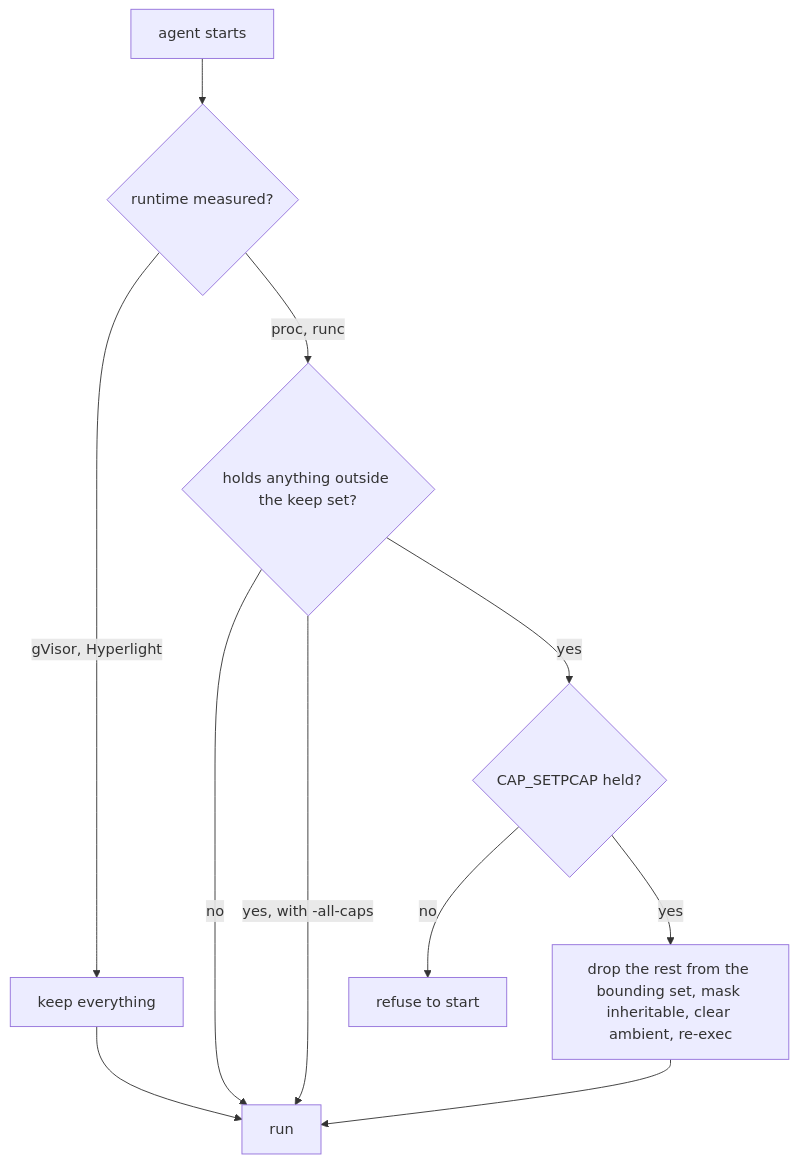
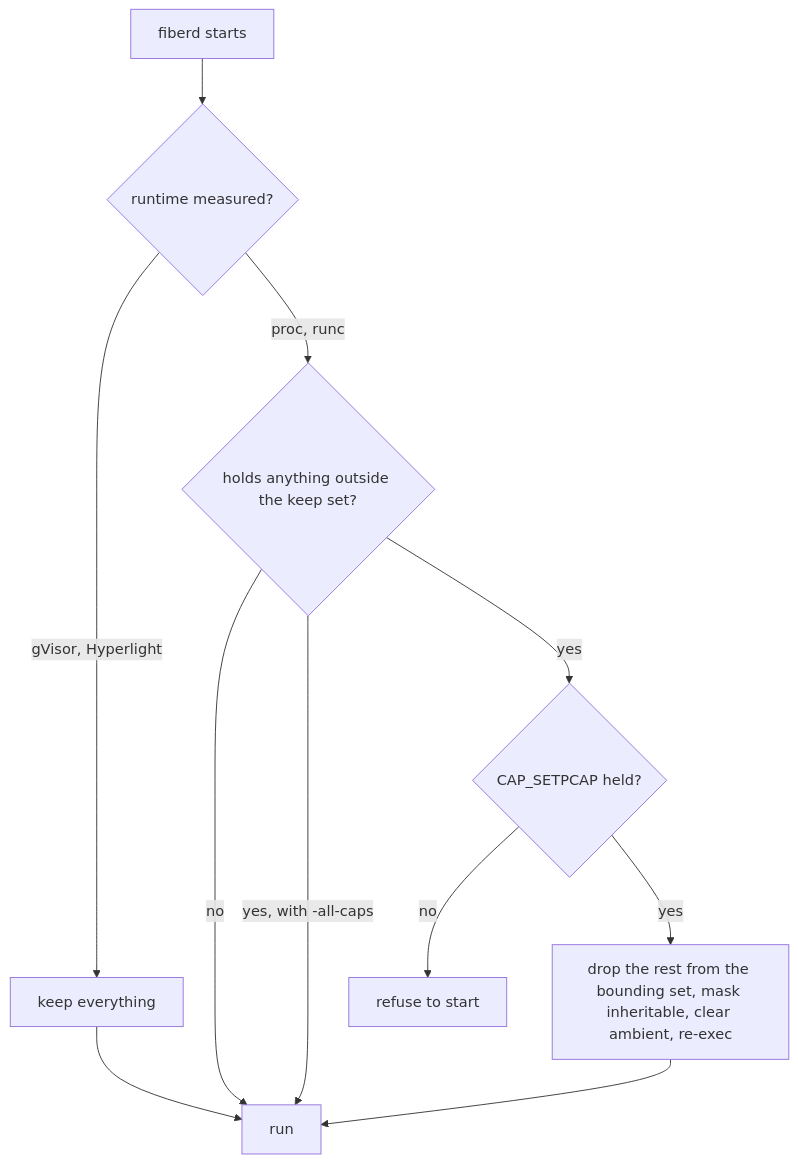
One commit to helayoty/fiberd changed the diagram in docs/design/sys.md. Above: the diagram before and after it, drawn with Mermaid. The commit also changed other lines of this file and 286 other files, not shown here.

````diff
--- a/docs/design/sys.md
+++ b/docs/design/sys.md
@@ -15,11 +15,11 @@
 ```mermaid
 flowchart TD
-  S[agent starts] --> M{runtime measured?}
+  S[fiberd starts] --> M{runtime measured?}
   M -->|gVisor, Hyperlight| K[keep everything] --> R[run]
   M -->|proc, runc| E{holds anything outside the keep set?}
   E -->|no| R
   E -->|"yes, with -all-caps"| R
   E -->|yes| D{CAP_SETPCAP held?}
   D -->|no| X[refuse to start]
   D -->|yes| N["drop the rest from the bounding set, mask inheritable, clear ambient, re-exec"] --> R
 ```
````
